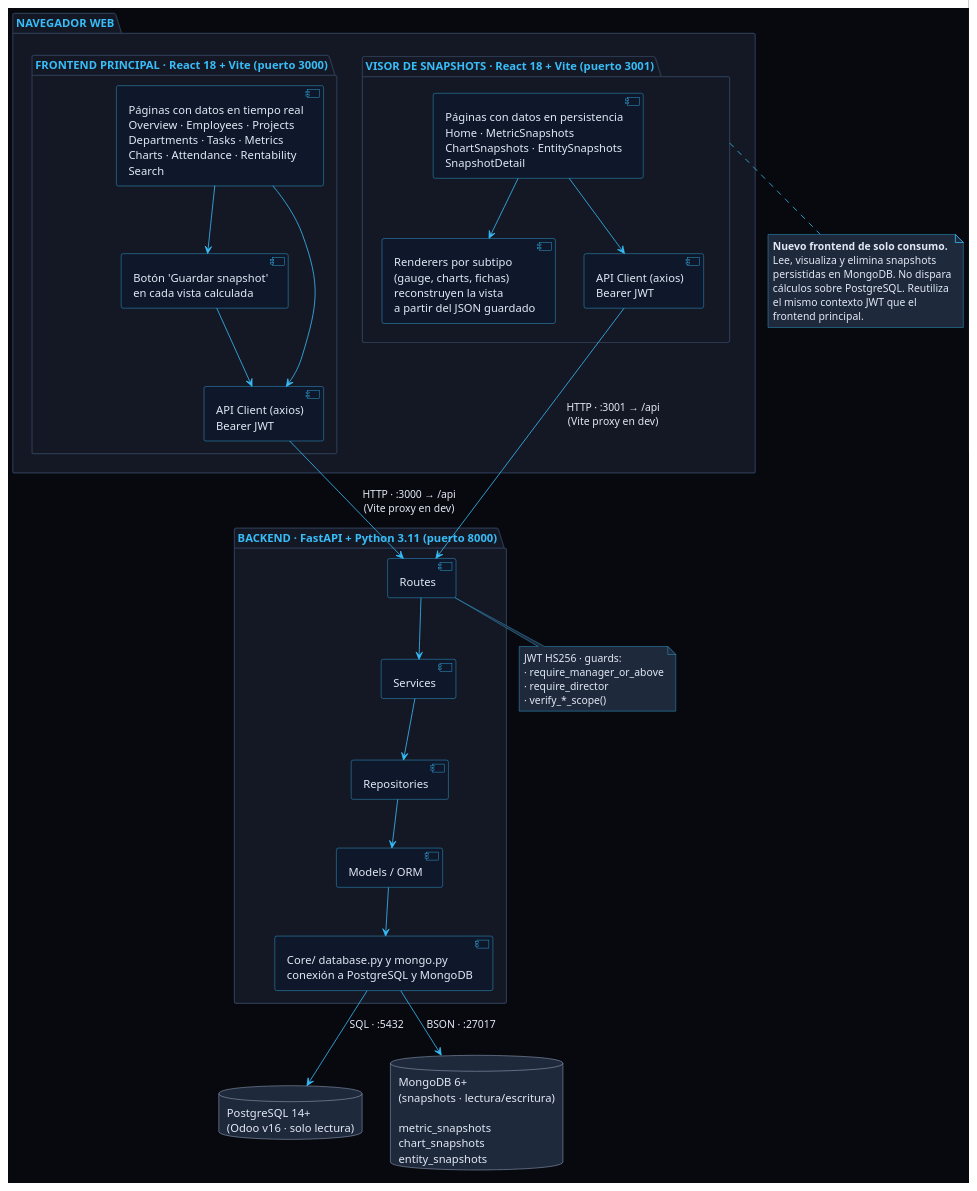
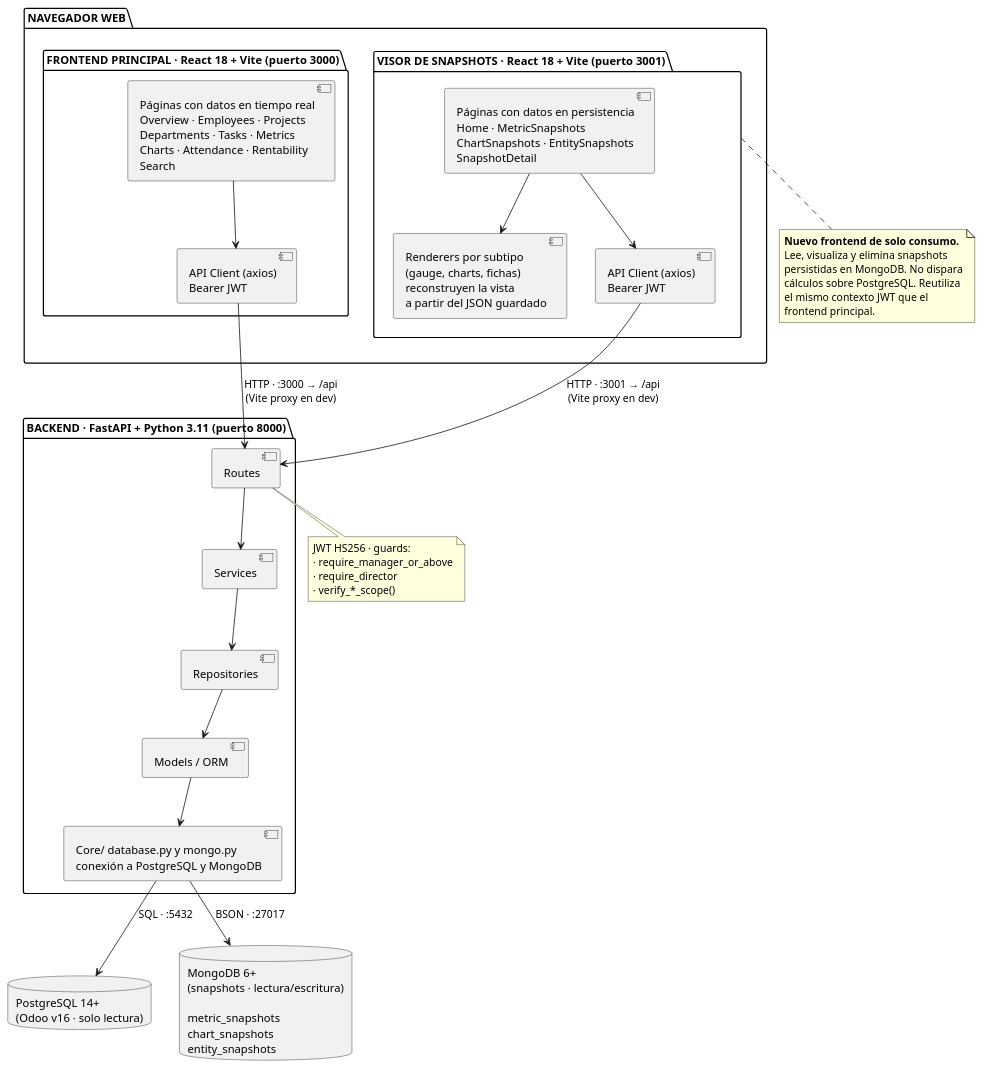
One commit to ceesargaarcia/GII-TFG-2026 changed the diagram in Estudiantes/cesar-garcia-eguiguren/Capítulo-3/diagramas/paquetesSistema.puml. Above: the diagram before and after it, drawn with PlantUML. The commit also changed 54 other files, not shown here.

```diff
--- a/Estudiantes/cesar-garcia-eguiguren/Capítulo-3/diagramas/paquetesSistema.puml
+++ b/Estudiantes/cesar-garcia-eguiguren/Capítulo-3/diagramas/paquetesSistema.puml
@@ -1,73 +1,54 @@
 @startuml paquetesSistema
-skinparam backgroundColor #07090F
-skinparam defaultFontColor #E2E8F5
-skinparam shadowing false
-skinparam packageBackgroundColor #141824
-skinparam packageBorderColor #2A3850
-skinparam packageFontColor #38BDF8
-skinparam componentBackgroundColor #0F172A
-skinparam componentBorderColor #38BDF8
-skinparam componentFontColor #E2E8F5
-skinparam databaseBackgroundColor #1E293B
-skinparam databaseBorderColor #C3D4F1
-skinparam databaseFontColor #E2E8F5
-skinparam arrowColor #38BDF8
-skinparam noteBackgroundColor #1E293B
-skinparam noteBorderColor #38BDF8
-skinparam noteFontColor #E2E8F5
 
 package "NAVEGADOR WEB" {
 
   package "FRONTEND PRINCIPAL · React 18 + Vite (puerto 3000)" as FE1 {
     component "Páginas con datos en tiempo real\nOverview · Employees · Projects\nDepartments · Tasks · Metrics\nCharts · Attendance · Rentability\nSearch" as Pages1
-    component "Botón 'Guardar snapshot'\nen cada vista calculada" as Save
     component "API Client (axios)\nBearer JWT" as API1
-    Pages1 --> Save
-    Save --> API1
     Pages1 --> API1
   }
 
   package "VISOR DE SNAPSHOTS · React 18 + Vite (puerto 3001)" as FE2 {
     component "Páginas con datos en persistencia\nHome · MetricSnapshots\nChartSnapshots · EntitySnapshots\nSnapshotDetail" as Pages2
     component "Renderers por subtipo\n(gauge, charts, fichas)\nreconstruyen la vista\na partir del JSON guardado" as Renderers
     component "API Client (axios)\nBearer JWT" as API2
     Pages2 --> Renderers
     Pages2 --> API2
   }
 }
 
 package "BACKEND · FastAPI + Python 3.11 (puerto 8000)" {
   component "Routes" as Routes
   component "Services" as Services
   component "Repositories" as Repos
   component "Models / ORM" as Models
   component "Core/ database.py y mongo.py \nconexión a PostgreSQL y MongoDB" as DB
   Routes --> Services
   Services --> Repos
   Repos --> Models
   Models --> DB
 }
   note bottom of Routes
     JWT HS256 · guards:
     · require_manager_or_above
     · require_director
     · verify_*_scope()
   end note
 database "PostgreSQL 14+\n(Odoo v16 · solo lectura)" as PG
 database "MongoDB 6+\n(snapshots · lectura/escritura)\n\nmetric_snapshots\nchart_snapshots\nentity_snapshots" as Mongo
 
 API1 --> Routes : HTTP · :3000 → /api\n(Vite proxy en dev)
 API2 --> Routes : HTTP · :3001 → /api\n(Vite proxy en dev)
 DB --> PG : SQL · :5432
 DB --> Mongo : BSON · :27017
 
 note bottom of FE2
   **Nuevo frontend de solo consumo.**
   Lee, visualiza y elimina snapshots
   persistidas en MongoDB. No dispara
   cálculos sobre PostgreSQL. Reutiliza
   el mismo contexto JWT que el
   frontend principal.
 end note
 
 @enduml
```
